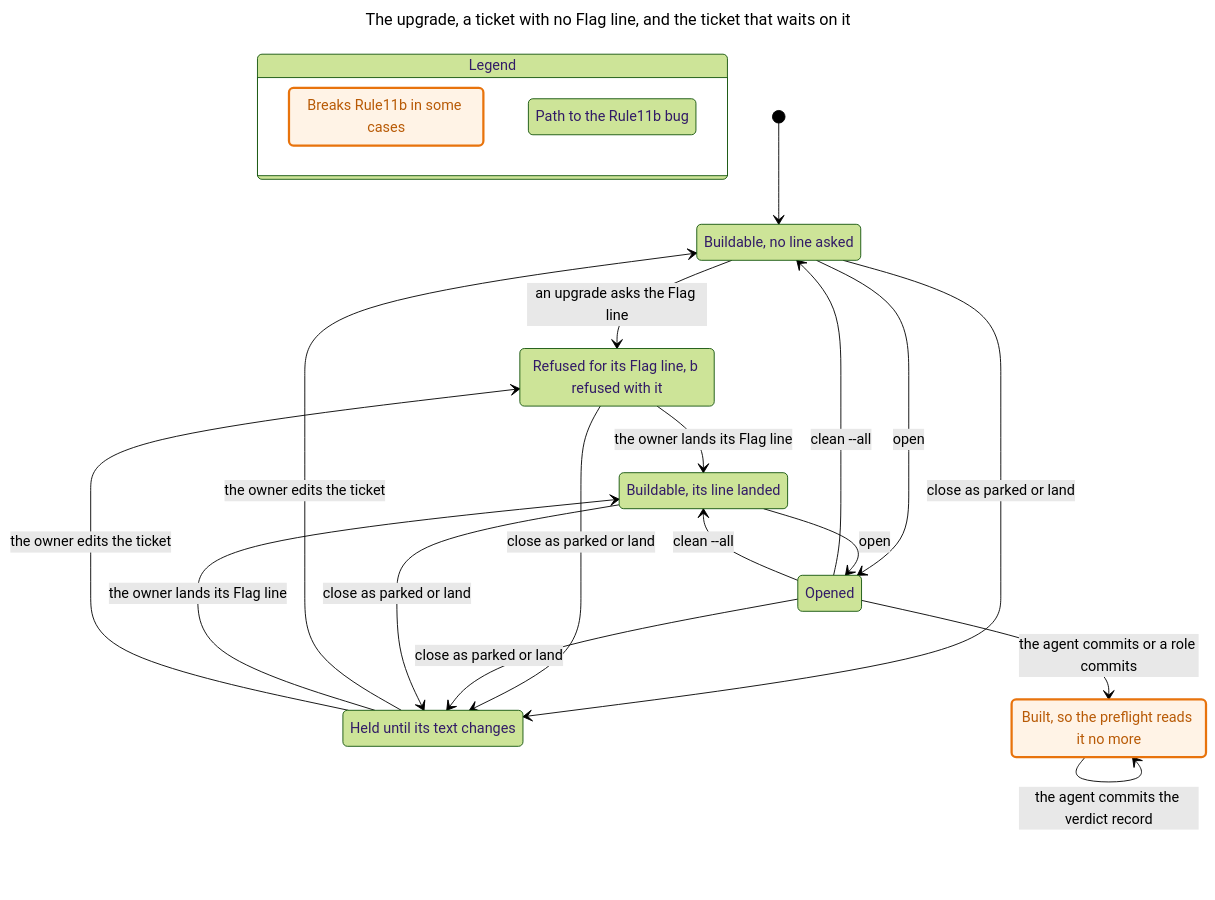
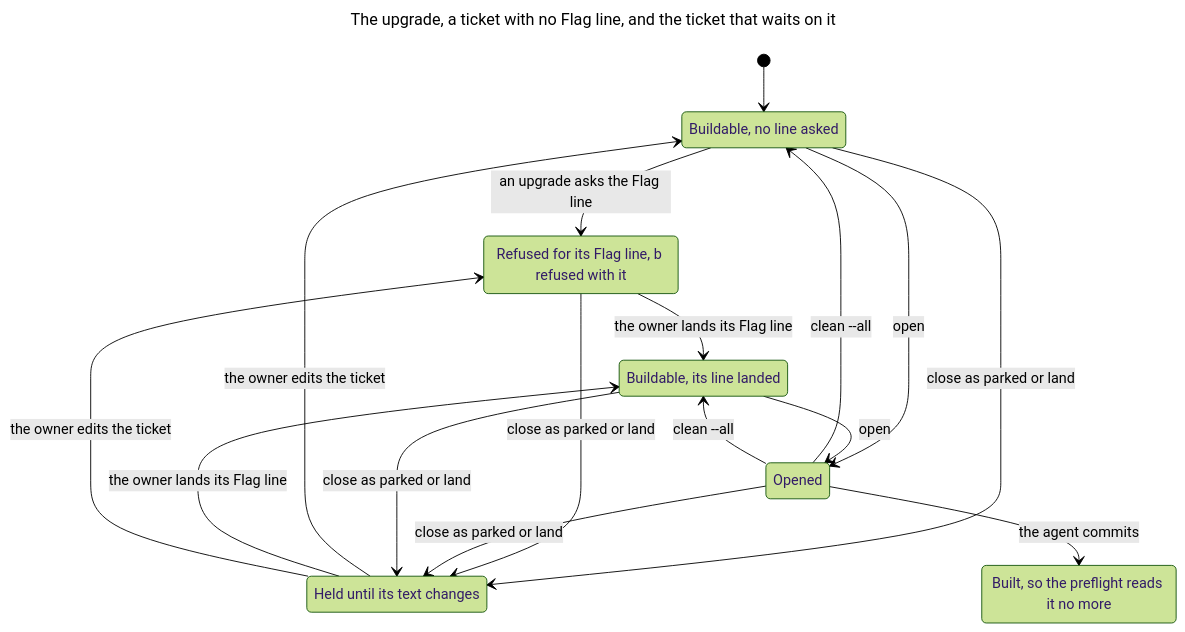
Before and after one commit to Simon-GitHub-Code/ratchet: the third of 11 diagrams in docs/model/drain.md, drawn with Mermaid (forest theme). The commit also changed other lines of this file and 3 other files, not shown here.

````diff
--- a/docs/model/drain.md
+++ b/docs/model/drain.md
@@ -332,39 +336,27 @@
 ```mermaid
 ---
 title: "The upgrade, a ticket with no Flag line, and the ticket that waits on it"
 ---
 stateDiagram-v2
-  state "Legend" as legend {
-    lg0: Breaks Rule11b in some cases
-    lg1: Path to the Rule11b bug
-  }
-  class lg0 mayBreak
-  class lg1 bugPath
   s0: Buildable, no line asked
   s1: Refused for its Flag line, b refused with it
   s2: Opened
   s3: Held until its text changes
   s4: Buildable, its line landed
   s5: Built, so the preflight reads it no more
   [*] --> s0
   s0 --> s1: an upgrade asks the Flag line
   s0 --> s2: open
   s0 --> s3: close as parked or land
   s1 --> s4: the owner lands its Flag line
   s1 --> s3: close as parked or land
   s2 --> s0: clean --all
   s2 --> s3: close as parked or land
-  s2 --> s5: the agent commits or a role commits
   s3 --> s0: the owner edits the ticket
   s4 --> s2: open
   s4 --> s3: close as parked or land
   s3 --> s4: the owner lands its Flag line
   s3 --> s1: the owner edits the ticket
-  s5 --> s5: the agent commits the verdict record
+  s2 --> s5: the agent commits
   s2 --> s4: clean --all
-  classDef mayBreak fill:#fff3e6,stroke:#e8730c,stroke-width:2.5px,color:#b85a06
-  class s0 bugPath
-  class s2 bugPath
-  class s5 mayBreak
-  class s5 bugPath
 ```
````
